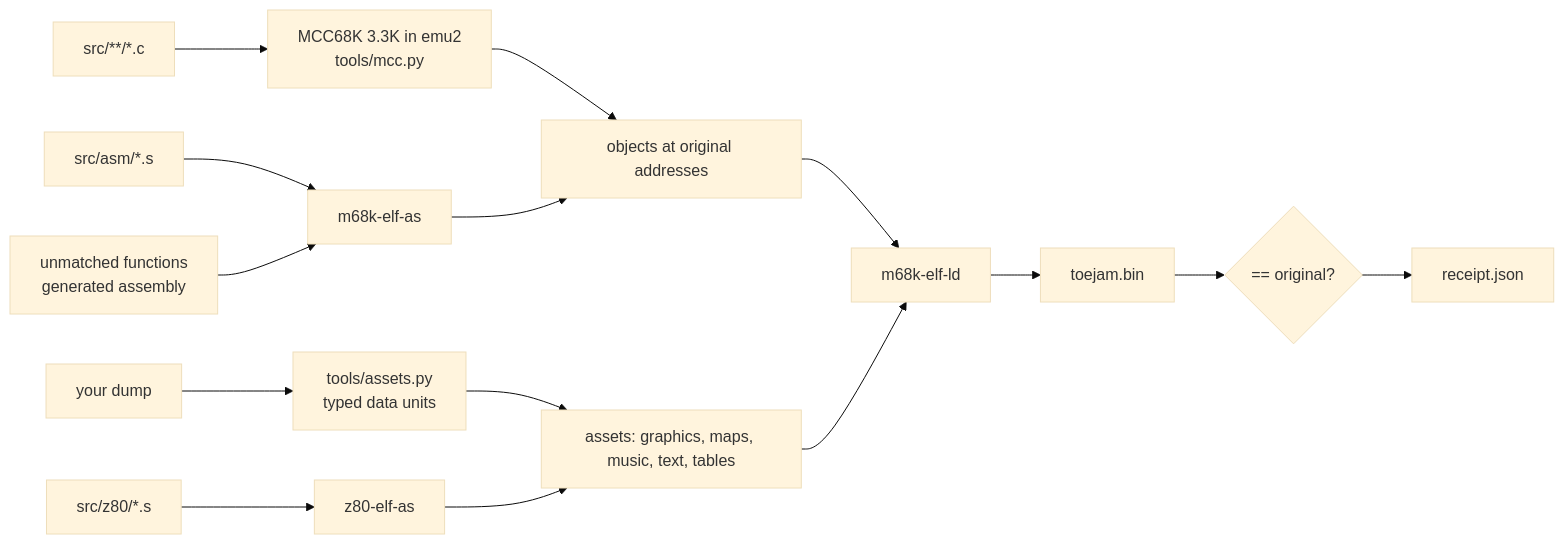
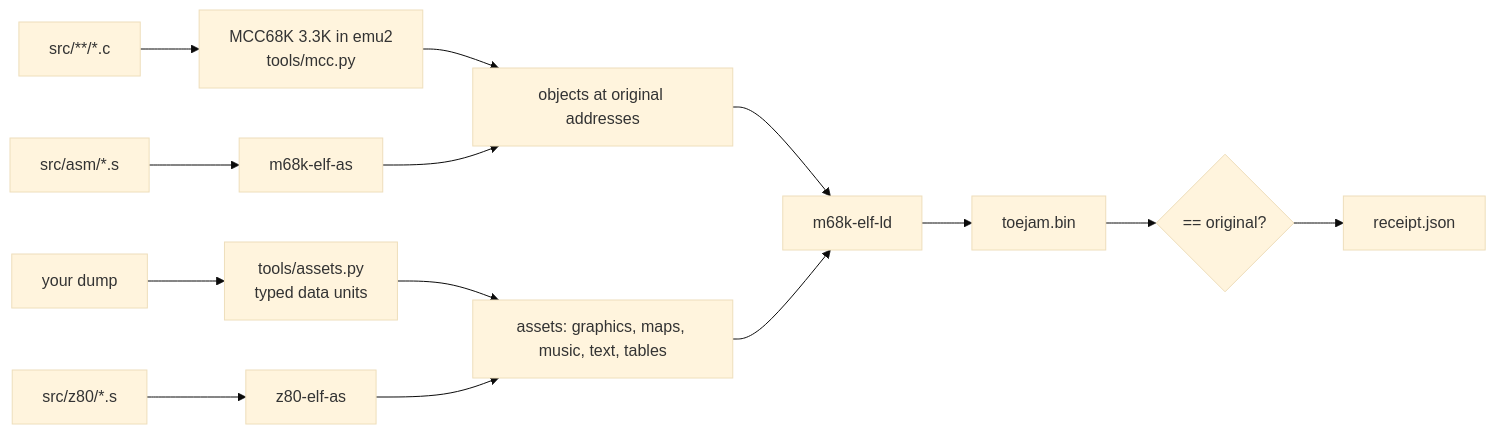
Before and after one commit to mschienbein/toejam-earl-decomp: the diagram in README.md, drawn with Mermaid (base theme). The commit also changed other lines of this file and 10 other files, not shown here.

````diff
--- a/README.md
+++ b/README.md
@@ -54,11 +62,10 @@
 ```mermaid
 flowchart LR
   rom[your dump] --> extract[tools/assets.py<br/>typed data units] --> data[assets: graphics, maps, music, text, tables]
   c[src/**/*.c] --> mcc[MCC68K 3.3K in emu2<br/>tools/mcc.py] --> objs
   s[src/asm/*.s] --> as[m68k-elf-as] --> objs
   z80[src/z80/*.s] --> z80as[z80-elf-as] --> data
-  rest[unmatched functions<br/>generated assembly] --> as
   objs[objects at original addresses] --> ld[m68k-elf-ld] --> bin[toejam.bin]
   data --> ld
   bin --> cmp{== original?} --> receipt[receipt.json]
 ```
````
